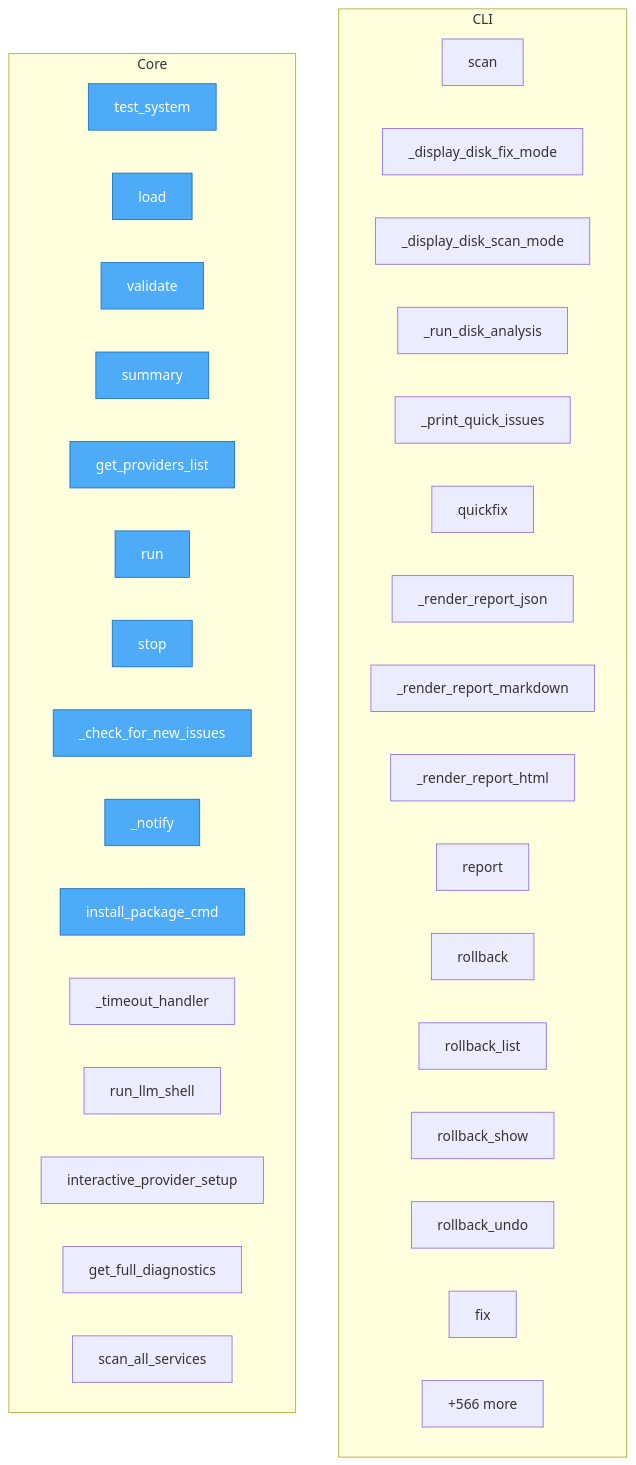
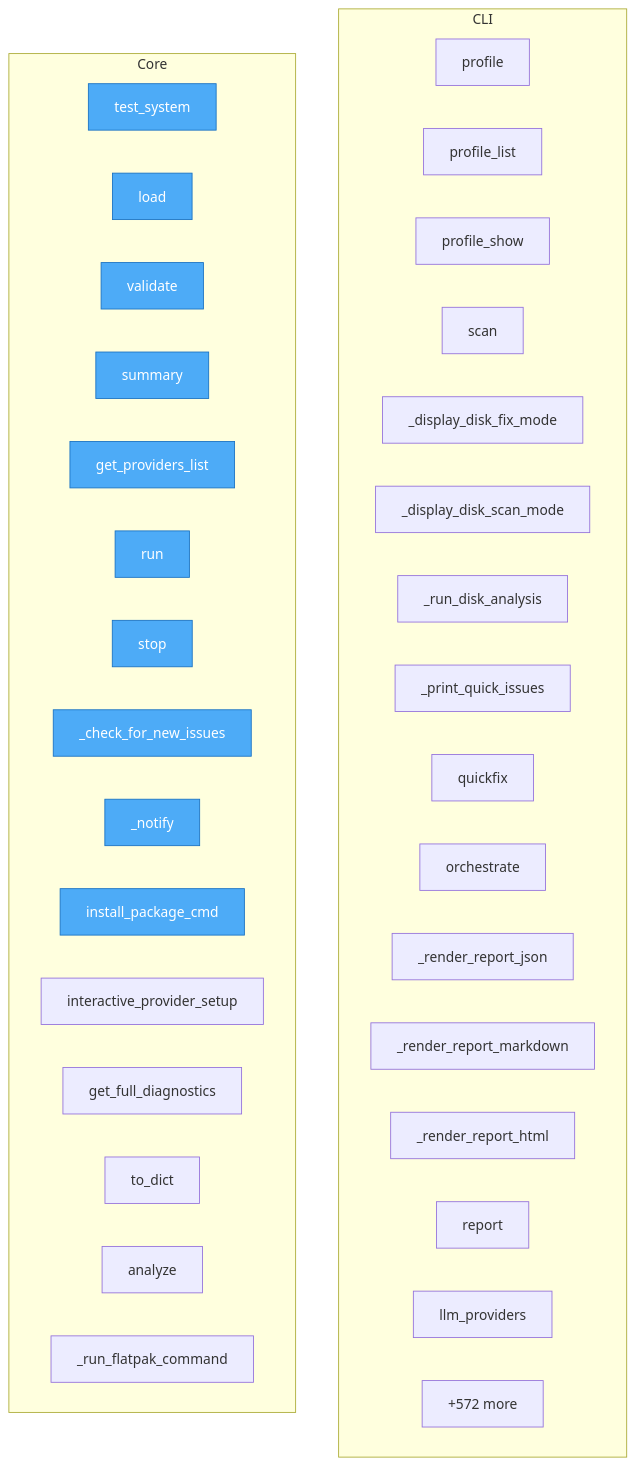
The diagram in project/flow.mmd (wronai/fixos), drawn with Mermaid before and after one commit. The commit also changed 25 other files, not shown here.

```diff
--- a/project/flow.mmd
+++ b/project/flow.mmd
@@ -1,44 +1,44 @@
 flowchart TD
 
     %% Entry points (blue)
     classDef entry fill:#4dabf7,stroke:#1971c2,color:#fff
 
     subgraph CLI
+        fixos__cli__profile_cmd__profile["profile"]
+        fixos__cli__profile_cmd__profile_list["profile_list"]
+        fixos__cli__profile_cmd__profile_show["profile_show"]
         fixos__cli__scan_cmd__scan["scan"]
         fixos__cli__scan_cmd___display_disk_fix_mode["_display_disk_fix_mode"]
         fixos__cli__scan_cmd___display_disk_scan_mode["_display_disk_scan_mode"]
         fixos__cli__scan_cmd___run_disk_analysis["_run_disk_analysis"]
         fixos__cli__scan_cmd___print_quick_issues["_print_quick_issues"]
         fixos__cli__quickfix_cmd__quickfix["quickfix"]
+        fixos__cli__orchestrate_cmd__orchestrate["orchestrate"]
         fixos__cli__report_cmd___render_report_json["_render_report_json"]
         fixos__cli__report_cmd___render_report_markdown["_render_report_markdown"]
         fixos__cli__report_cmd___render_report_html["_render_report_html"]
         fixos__cli__report_cmd__report["report"]
-        fixos__cli__rollback_cmd__rollback["rollback"]
-        fixos__cli__rollback_cmd__rollback_list["rollback_list"]
-        fixos__cli__rollback_cmd__rollback_show["rollback_show"]
-        fixos__cli__rollback_cmd__rollback_undo["rollback_undo"]
-        fixos__cli__fix_cmd__fix["fix"]
-        ...["+66 more"]
+        fixos__cli__provider_cmd__llm_providers["llm_providers"]
+        ...["+81 more"]
     end
 
     subgraph Core
         docker__test_multi_system__test_system["test_system"]
         fixos__config__FixOsConfig__load["load"]
         fixos__config__FixOsConfig__validate["validate"]
         fixos__config__FixOsConfig__summary["summary"]
         fixos__config__get_providers_list["get_providers_list"]
         fixos__watch__WatchDaemon__run["run"]
         fixos__watch__WatchDaemon__stop["stop"]
         fixos__watch__WatchDaemon___check_for_new_issues["_check_for_new_issues"]
         fixos__watch__WatchDaemon___notify["_notify"]
         fixos__platform_utils__install_package_cmd["install_package_cmd"]
-        fixos__llm_shell___timeout_handler["_timeout_handler"]
-        fixos__llm_shell__run_llm_shell["run_llm_shell"]
         fixos__config_interactive__interactive_provider_setup["interactive_provider_setup"]
         fixos__diagnostics__system_checks__get_full_diagnostics["get_full_diagnostics"]
-        fixos__diagnostics__service_scanner__ServiceDataScanner__scan_all_services["scan_all_services"]
-        ...["+566 more"]
+        fixos__diagnostics__flatpak_analyzer__FlatpakItemInfo__to_dict["to_dict"]
+        fixos__diagnostics__flatpak_analyzer__FlatpakAnalyzer__analyze["analyze"]
+        fixos__diagnostics__flatpak_analyzer__FlatpakAnalyzer___run_flatpak_command["_run_flatpak_command"]
+        ...["+572 more"]
     end
 
     class docker__test_multi_system__test_system,fixos__config__FixOsConfig__load,fixos__config__FixOsConfig__validate,fixos__config__FixOsConfig__summary,fixos__config__get_providers_list,fixos__watch__WatchDaemon__run,fixos__watch__WatchDaemon__stop,fixos__watch__WatchDaemon___check_for_new_issues,fixos__watch__WatchDaemon___notify,fixos__platform_utils__install_package_cmd entry
```
